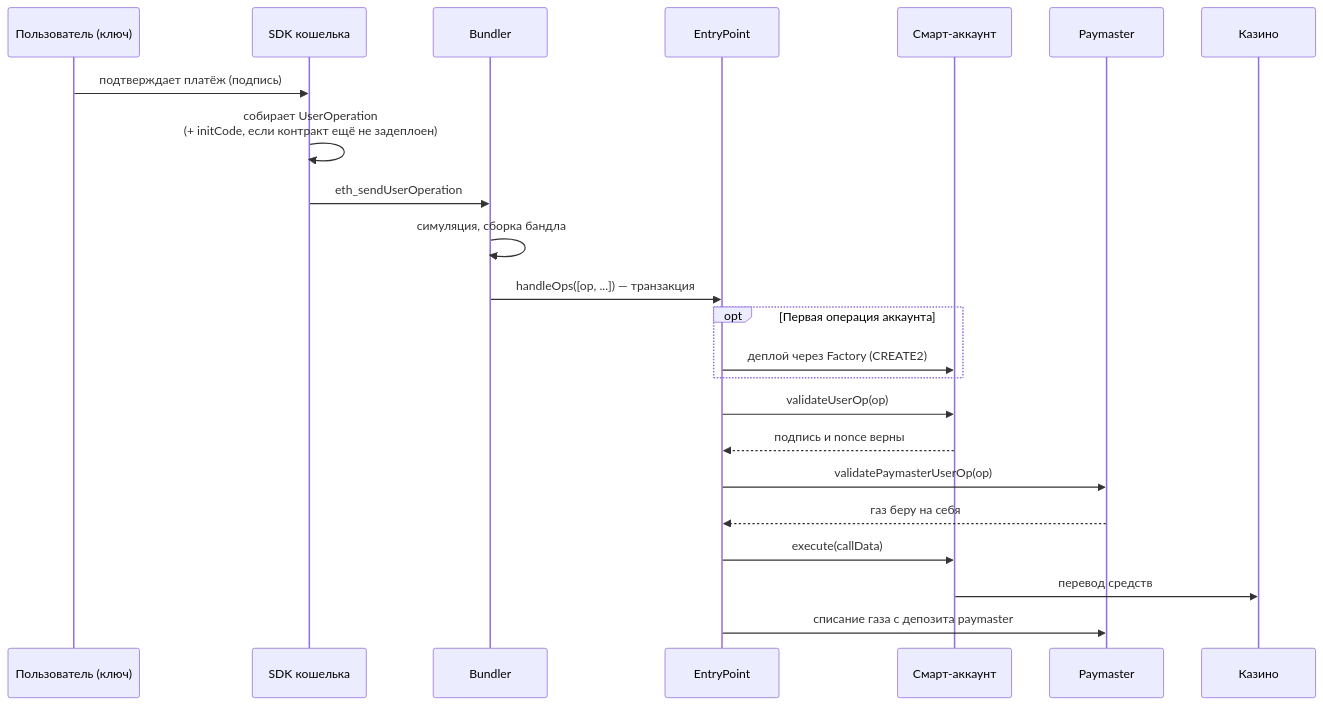
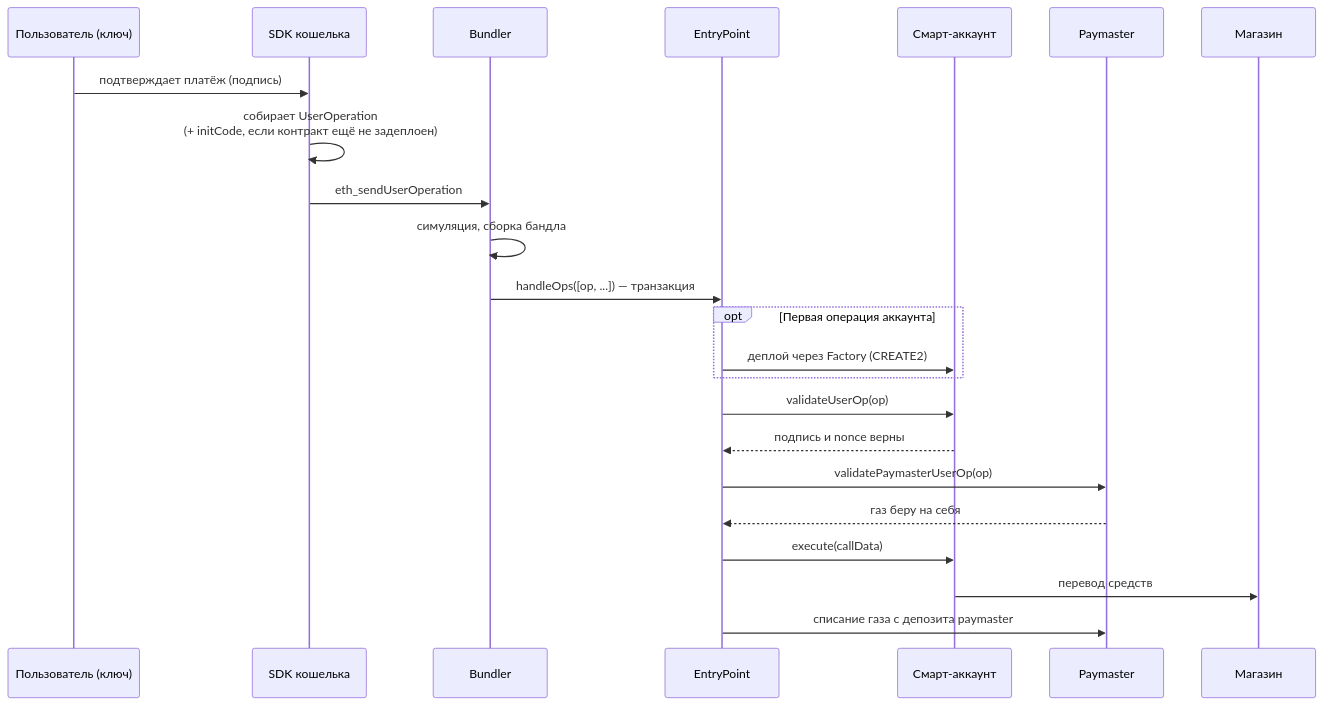
The second of 3 diagrams in erc4337-smart-account.md (shabak/erc4337-smart-account), drawn with Mermaid before and after one commit. The commit also changed other lines of this file, not shown here.

Commit message:
Замена «казино» на «магазин» по всей доке

````diff
--- a/erc4337-smart-account.md
+++ b/erc4337-smart-account.md
@@ -45,26 +45,26 @@
 ```mermaid
 sequenceDiagram
     participant U as Пользователь (ключ)
     participant SDK as SDK кошелька
     participant B as Bundler
     participant EP as EntryPoint
     participant A as Смарт-аккаунт
     participant PM as Paymaster
-    participant Caz as Казино
+    participant Shop as Магазин
 
     U->>SDK: подтверждает платёж (подпись)
     SDK->>SDK: собирает UserOperation<br/>(+ initCode, если контракт ещё не задеплоен)
     SDK->>B: eth_sendUserOperation
     B->>B: симуляция, сборка бандла
     B->>EP: handleOps([op, ...]) — транзакция
     opt Первая операция аккаунта
         EP->>A: деплой через Factory (CREATE2)
     end
     EP->>A: validateUserOp(op)
     A-->>EP: подпись и nonce верны
     EP->>PM: validatePaymasterUserOp(op)
     PM-->>EP: газ беру на себя
     EP->>A: execute(callData)
-    A->>Caz: перевод средств
+    A->>Shop: перевод средств
     EP->>PM: списание газа с депозита paymaster
 ```
````
